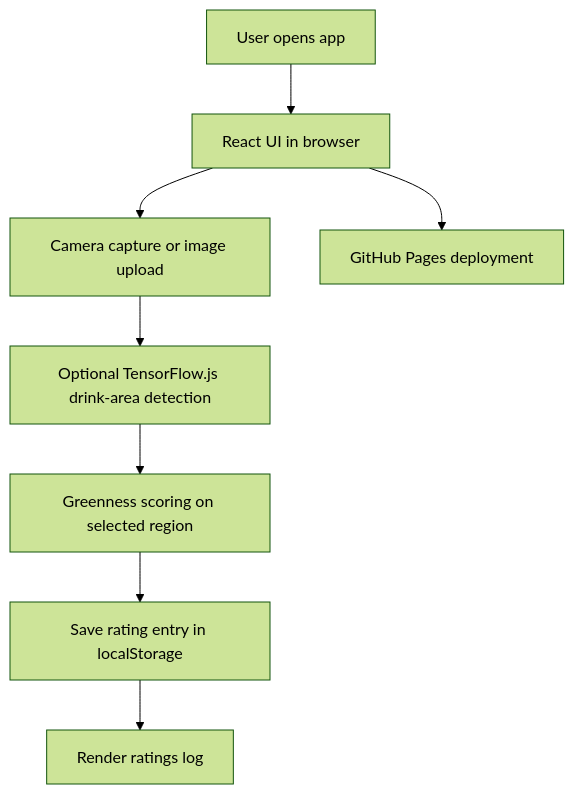
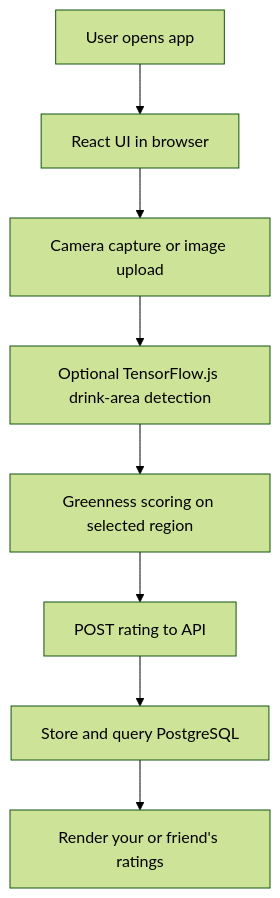
The diagram in README.md (allyyim/matchaRatings), drawn with Mermaid (forest theme) before and after one commit. The commit also changed other lines of this file and 9 other files, not shown here.

Commit message:
Add backend API and PostgreSQL integration

````diff
--- a/README.md
+++ b/README.md
@@ -9,10 +9,10 @@
 ```mermaid
 flowchart TD
    A[User opens app] --> B[React UI in browser]
    B --> C[Camera capture or image upload]
    C --> D[Optional TensorFlow.js drink-area detection]
    D --> E[Greenness scoring on selected region]
-   E --> F[Save rating entry in localStorage]
-   F --> G[Render ratings log]
-   B --> H[GitHub Pages deployment]
+   E --> F[POST rating to API]
+   F --> G[Store and query PostgreSQL]
+   G --> H[Render your or friend's ratings]
 ```
````
